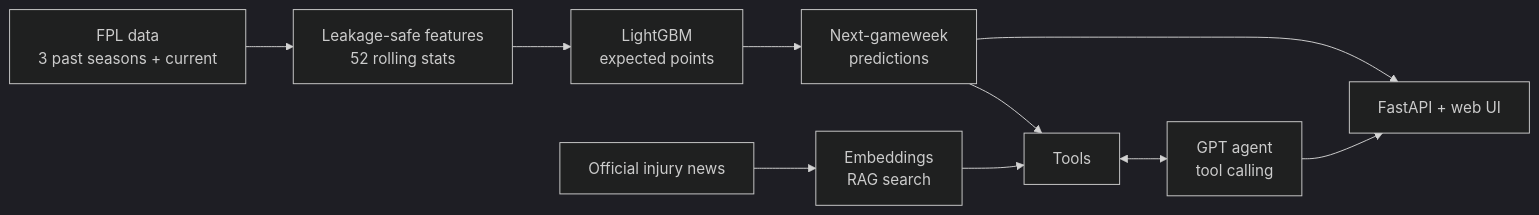
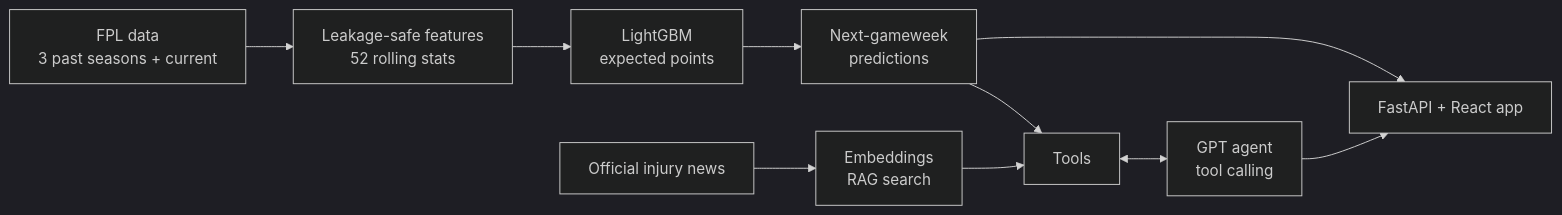
One commit to axel-lindberg/scout-iq changed the diagram in README.md. Above: the diagram before and after it, drawn with Mermaid (dark theme). The commit also changed other lines of this file and 1 other file, not shown here.

First line of the commit message:
Document the React frontend in the README

````diff
--- a/README.md
+++ b/README.md
@@ -30,12 +30,12 @@
 ```mermaid
 flowchart LR
     A[FPL data<br/>3 past seasons + current] --> B[Leakage-safe features<br/>52 rolling stats]
     B --> C[LightGBM<br/>expected points]
     C --> D[Next-gameweek<br/>predictions]
     N[Official injury news] --> E[Embeddings<br/>RAG search]
     D --> T[Tools]
     E --> T
     T <--> G[GPT agent<br/>tool calling]
-    G --> W[FastAPI + web UI]
+    G --> W[FastAPI + React app]
     D --> W
 ```
````
